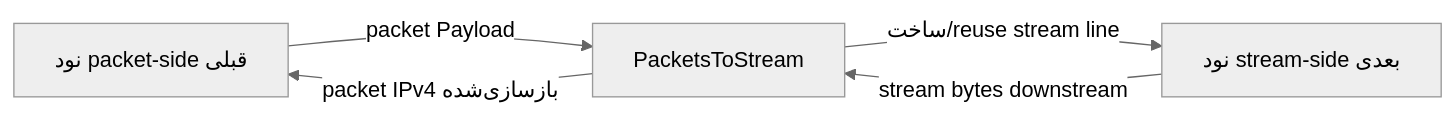
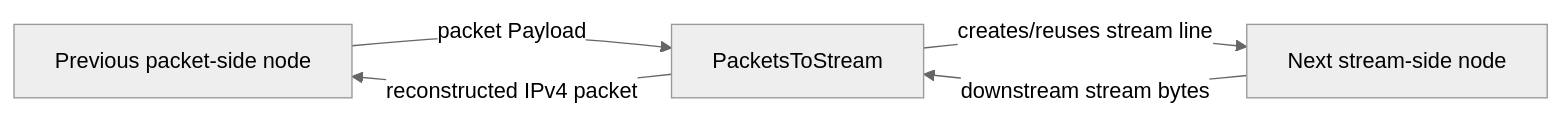
Before and after one commit to radkesvat/WaterWall-Docs: the diagram in i18n/fa/docusaurus-plugin-content-docs/current/02-noderefs/PacketsToStream.mdx, drawn with Mermaid (neutral theme). The commit also changed other lines of this file and 208 other files, not shown here.

````diff
--- a/i18n/fa/docusaurus-plugin-content-docs/current/02-noderefs/PacketsToStream.mdx
+++ b/i18n/fa/docusaurus-plugin-content-docs/current/02-noderefs/PacketsToStream.mdx
@@ -159,7 +231,7 @@
 ```mermaid
 flowchart LR
-    P[نود packet-side قبلی] -->|packet Payload| PTS[PacketsToStream]
-    PTS -->|ساخت/reuse stream line| S[نود stream-side بعدی]
-    S -->|stream bytes downstream| PTS
-    PTS -->|packet IPv4 بازسازی‌شده| P
+    P[Previous packet-side node] -->|packet Payload| PTS[PacketsToStream]
+    PTS -->|creates/reuses stream line| S[Next stream-side node]
+    S -->|downstream stream bytes| PTS
+    PTS -->|reconstructed IPv4 packet| P
 ```
````
